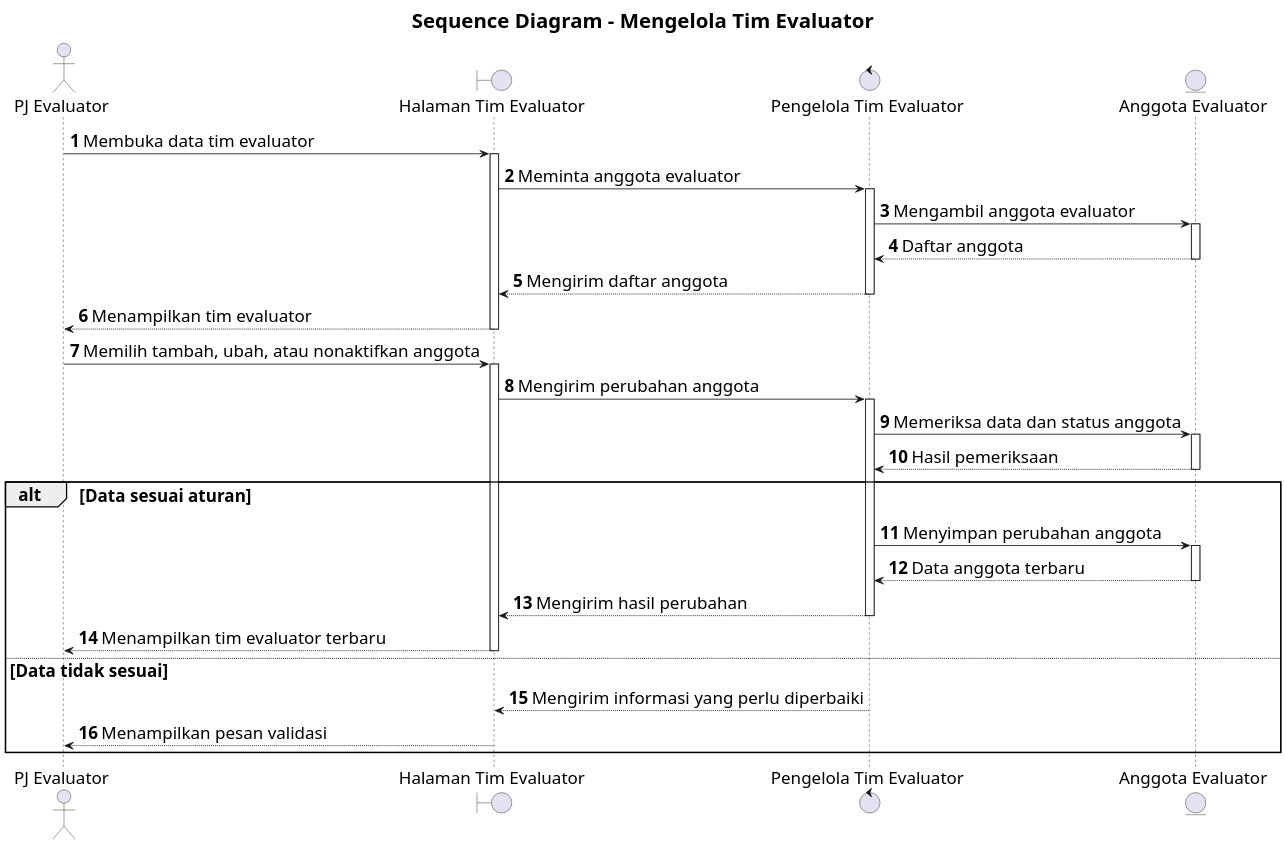
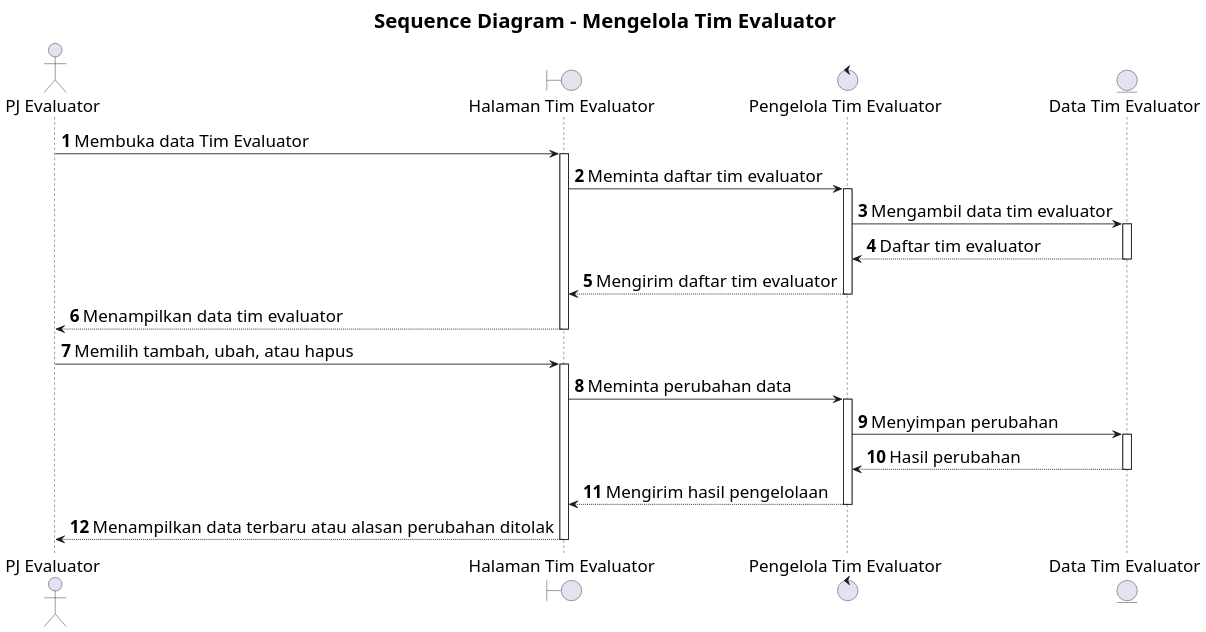
The diagram in docs/sequence/lampiran/pj-evaluator-mengelola-tim-evaluator.md (howlil/sop-generate-app), drawn with PlantUML before and after one commit. The commit also changed 20 other files, not shown here.

Commit message:
docs(sequence): simplify interaction detail across use cases

````diff
--- a/docs/sequence/lampiran/pj-evaluator-mengelola-tim-evaluator.md
+++ b/docs/sequence/lampiran/pj-evaluator-mengelola-tim-evaluator.md
@@ -16,39 +16,31 @@
 ```plantuml
 @startuml
 skinparam defaultFontSize 20
 skinparam titleFontSize 24
 skinparam dpi 160
 
 title Sequence Diagram - Mengelola Tim Evaluator
 autonumber
 autoactivate on
 
 actor "PJ Evaluator" as A
 boundary "Halaman Tim Evaluator" as B
 control "Pengelola Tim Evaluator" as C
-entity "Anggota Evaluator" as D
+entity "Data Tim Evaluator" as D
 
-A -> B : Membuka data tim evaluator
-B -> C : Meminta anggota evaluator
-C -> D : Mengambil anggota evaluator
-D --> C : Daftar anggota
-C --> B : Mengirim daftar anggota
-B --> A : Menampilkan tim evaluator
+A -> B : Membuka data Tim Evaluator
+B -> C : Meminta daftar tim evaluator
+C -> D : Mengambil data tim evaluator
+D --> C : Daftar tim evaluator
+C --> B : Mengirim daftar tim evaluator
+B --> A : Menampilkan data tim evaluator
 
-A -> B : Memilih tambah, ubah, atau nonaktifkan anggota
-B -> C : Mengirim perubahan anggota
-C -> D : Memeriksa data dan status anggota
-D --> C : Hasil pemeriksaan
-
-alt Data sesuai aturan
-  C -> D : Menyimpan perubahan anggota
-  D --> C : Data anggota terbaru
-  C --> B : Mengirim hasil perubahan
-  B --> A : Menampilkan tim evaluator terbaru
-else Data tidak sesuai
-  C --> B : Mengirim informasi yang perlu diperbaiki
-  B --> A : Menampilkan pesan validasi
-end
+A -> B : Memilih tambah, ubah, atau hapus
+B -> C : Meminta perubahan data
+C -> D : Menyimpan perubahan
+D --> C : Hasil perubahan
+C --> B : Mengirim hasil pengelolaan
+B --> A : Menampilkan data terbaru atau alasan perubahan ditolak
 
 @enduml
 ```
````
